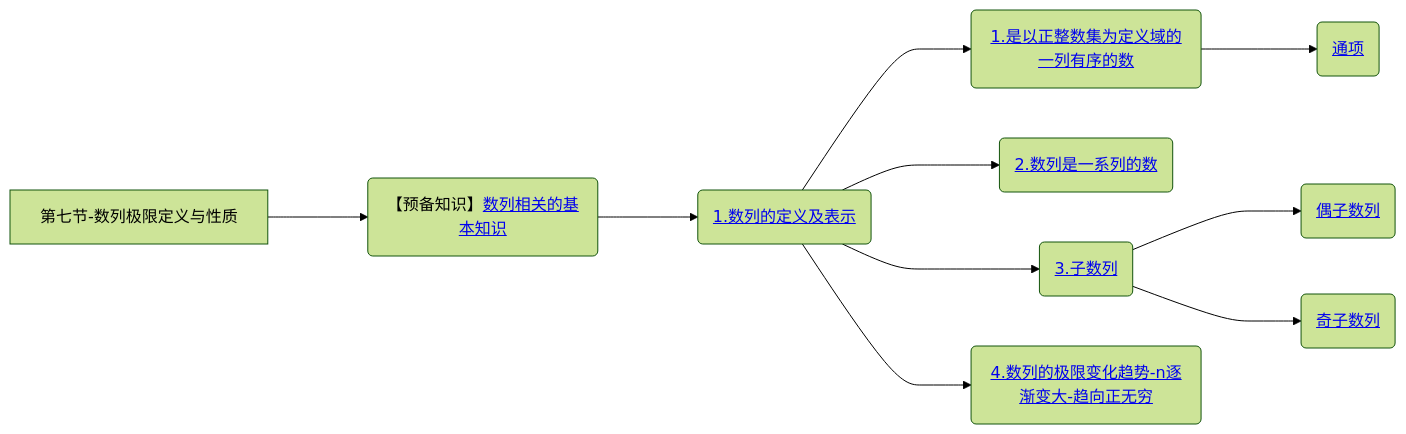
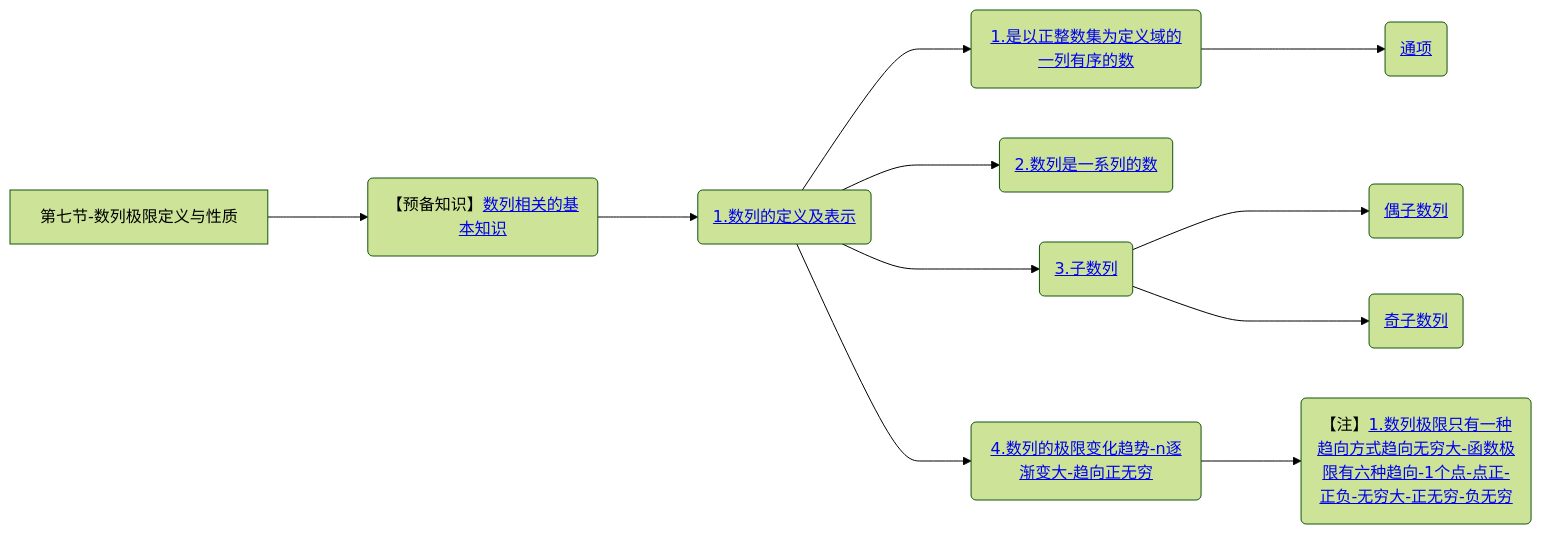
Before and after one commit to yuebinghui/note: the seventh of 7 diagrams in 笔记/数学/周洋鑫/01.基础班思维导图.md, drawn with Mermaid (forest theme). The commit also changed 8 other files, not shown here.

````diff
--- a/笔记/数学/周洋鑫/01.基础班思维导图.md
+++ b/笔记/数学/周洋鑫/01.基础班思维导图.md
@@ -255,17 +255,18 @@
 ```mermaid
 graph LR
 第七节-数列极限定义与性质
 
 第七节-数列极限定义与性质--->数列相关的基本知识(【预备知识】<a href="/Users/yuebinghui/Documents/program/github/note/笔记/数学/周洋鑫/基础班/07.数列极限定义与性质.md#数列相关的基本知识">数列相关的基本知识</>)
 数列相关的基本知识--->1.数列的定义及表示(<a href="/Users/yuebinghui/Documents/program/github/note/笔记/数学/周洋鑫/基础班/07.数列极限定义与性质.md#1.数列的定义及表示">1.数列的定义及表示</>)
 1.数列的定义及表示--->1.是以正整数集为定义域的一列有序的数(<a href="/Users/yuebinghui/Documents/program/github/note/笔记/数学/周洋鑫/基础班/07.数列极限定义与性质.md#1.是以正整数集为定义域的一列有序的数">1.是以正整数集为定义域的一列有序的数</>)
 1.是以正整数集为定义域的一列有序的数--->通项(<a href="/Users/yuebinghui/Documents/program/github/note/笔记/数学/周洋鑫/基础班/07.数列极限定义与性质.md#通项">通项</>)
 
 1.数列的定义及表示--->2.数列是一系列的数(<a href="/Users/yuebinghui/Documents/program/github/note/笔记/数学/周洋鑫/基础班/07.数列极限定义与性质.md#2.数列是一系列的数">2.数列是一系列的数</>)
 
 1.数列的定义及表示--->3.子数列(<a href="/Users/yuebinghui/Documents/program/github/note/笔记/数学/周洋鑫/基础班/07.数列极限定义与性质.md#3.子数列">3.子数列</>)
 3.子数列--->偶子数列(<a href="/Users/yuebinghui/Documents/program/github/note/笔记/数学/周洋鑫/基础班/07.数列极限定义与性质.md#偶子数列">偶子数列</>)
 3.子数列--->奇子数列(<a href="/Users/yuebinghui/Documents/program/github/note/笔记/数学/周洋鑫/基础班/07.数列极限定义与性质.md#奇子数列">奇子数列</>)
 
 1.数列的定义及表示--->4.数列的极限变化趋势-n逐渐变大-趋向正无穷(<a href="/Users/yuebinghui/Documents/program/github/note/笔记/数学/周洋鑫/基础班/07.数列极限定义与性质.md#4.数列的极限变化趋势-n逐渐变大-趋向正无穷">4.数列的极限变化趋势-n逐渐变大-趋向正无穷</>)
+4.数列的极限变化趋势-n逐渐变大-趋向正无穷--->1.数列极限只有一种趋向方式趋向无穷大-函数极限有六种趋向-1个点-点正-正负-无穷大-正无穷-负无穷(【注】<a href="/Users/yuebinghui/Documents/program/github/note/笔记/数学/周洋鑫/基础班/07.数列极限定义与性质.md#1.数列极限只有一种趋向方式趋向无穷大-函数极限有六种趋向-1个点-点正-正负-无穷大-正无穷-负无穷">1.数列极限只有一种趋向方式趋向无穷大-函数极限有六种趋向-1个点-点正-正负-无穷大-正无穷-负无穷</>)
 ```
````
